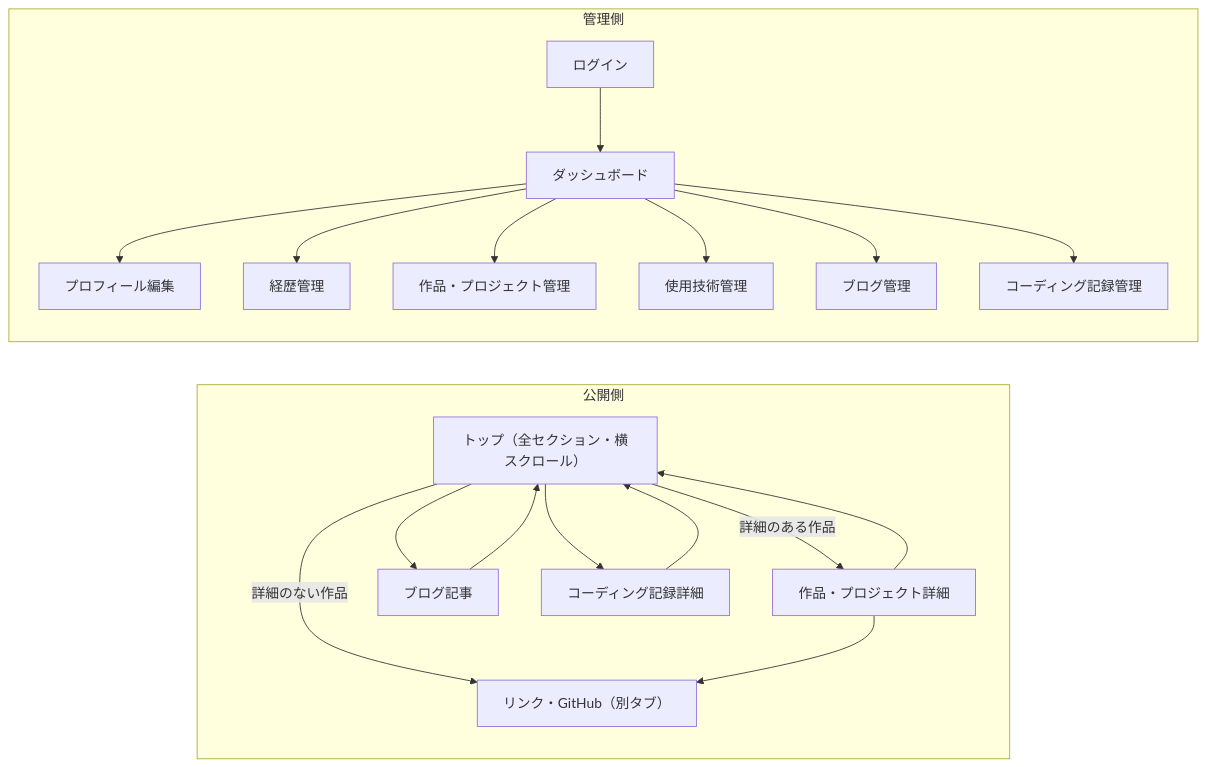
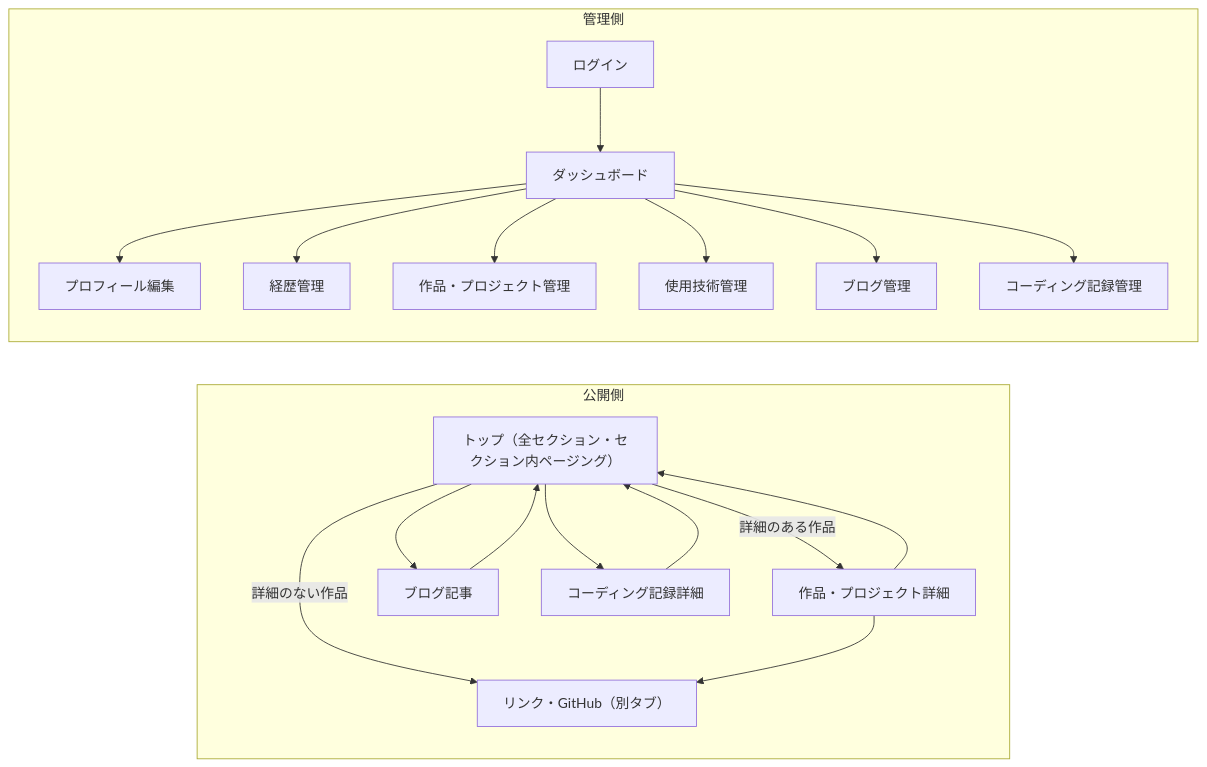
One commit to eastasann/eastx changed the diagram in docs/brainstorm-notes.md. Above: the diagram before and after it, drawn with Mermaid. The commit also changed other lines of this file, not shown here.

````diff
--- a/docs/brainstorm-notes.md
+++ b/docs/brainstorm-notes.md
@@ -77,23 +77,23 @@
 ```mermaid
 flowchart LR
   subgraph 公開側
-    Top["トップ（全セクション・横スクロール）"]
+    Top["トップ（全セクション・セクション内ページング）"]
     Top -->|詳細のある作品| WorkDetail[作品・プロジェクト詳細]
     Top -->|詳細のない作品| External[リンク・GitHub（別タブ）]
     WorkDetail --> External
     Top --> BlogPost[ブログ記事]
     Top --> CodingDetail[コーディング記録詳細]
     WorkDetail --> Top
     BlogPost --> Top
     CodingDetail --> Top
   end
   subgraph 管理側
     Login[ログイン] --> Dashboard[ダッシュボード]
     Dashboard --> ProfileEdit[プロフィール編集]
     Dashboard --> CareerAdmin[経歴管理]
     Dashboard --> WorkAdmin[作品・プロジェクト管理]
     Dashboard --> StackAdmin[使用技術管理]
     Dashboard --> BlogAdmin[ブログ管理]
     Dashboard --> CodingAdmin[コーディング記録管理]
   end
 ```
````
